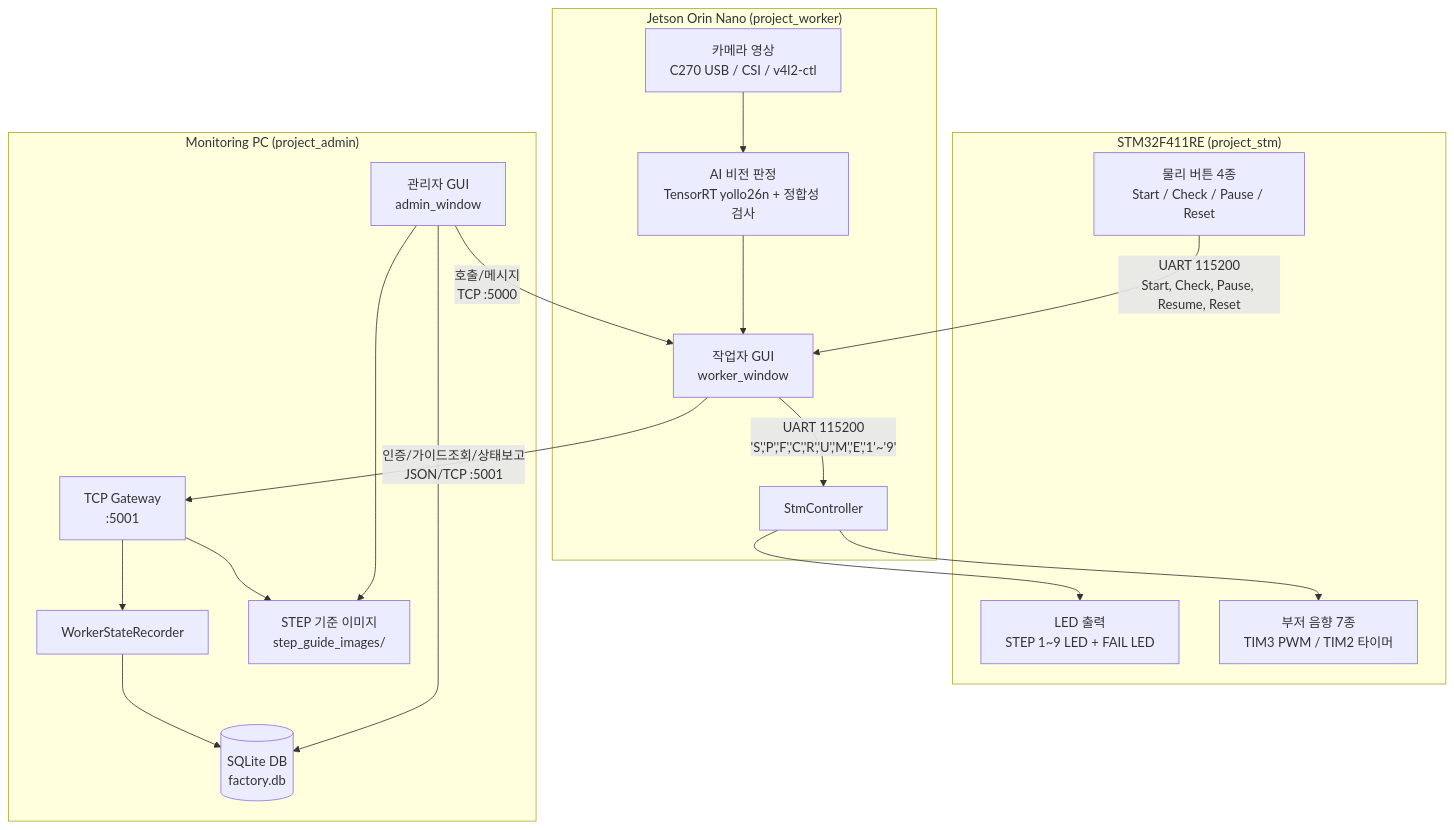
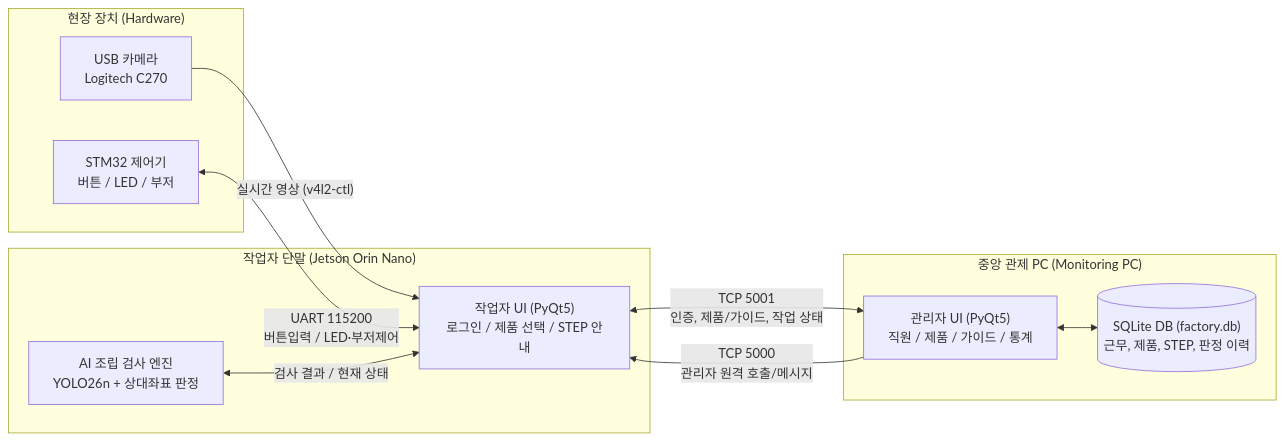
One commit to qkrtkdgus010208/AI_Standard_Process_System changed the first of 6 diagrams in README.md. Above: the diagram before and after it, drawn with Mermaid. The commit also changed other lines of this file and 26 other files, not shown here.

````diff
--- a/README.md
+++ b/README.md
@@ -11,40 +96,25 @@
 ```mermaid
-flowchart TD
-    subgraph 현장 제어기 ["STM32F411RE (project_stm)"]
-        BTN[물리 버튼 4종\nStart / Check / Pause / Reset]
-        LED[LED 출력\nSTEP 1~9 LED + FAIL LED]
-        BUZ[부저 음향 7종\nTIM3 PWM / TIM2 타이머]
+flowchart LR
+    subgraph FIELD ["현장 장치 (Hardware)"]
+        CAM["USB 카메라<br/>Logitech C270"]
+        STM["STM32 제어기<br/>버튼 / LED / 부저"]
     end
 
-    subgraph 작업자 단말 ["Jetson Orin Nano (project_worker)"]
-        CAM[카메라 영상\nC270 USB / CSI / v4l2-ctl]
-        AI[AI 비전 판정\nTensorRT yollo26n + 정합성 검사]
-        WW[작업자 GUI\nworker_window]
-        STMC[StmController]
+    subgraph WORKER ["작업자 단말 (Jetson Orin Nano)"]
+        WUI["작업자 UI (PyQt5)<br/>로그인 / 제품 선택 / STEP 안내"]
+        AI["AI 조립 검사 엔진<br/>YOLO26n + 상대좌표 판정"]
     end
 
-    subgraph 중앙 관제 PC ["Monitoring PC (project_admin)"]
-        GW[TCP Gateway\n:5001]
-        REC[WorkerStateRecorder]
-        DB[(SQLite DB\nfactory.db)]
-        GUIDE[STEP 기준 이미지\nstep_guide_images/]
-        ADMIN[관리자 GUI\nadmin_window]
+    subgraph ADMIN ["중앙 관제 PC (Monitoring PC)"]
+        AUI["관리자 UI (PyQt5)<br/>직원 / 제품 / 가이드 / 통계"]
+        DB[("SQLite DB (factory.db)<br/>근무, 제품, STEP, 판정 이력")]
     end
 
-    %% 연결 관계
-    BTN -->|UART 115200\nStart, Check, Pause, Resume, Reset| WW
-    WW -->|UART 115200\n'S','P','F','C','R','U','M','E','1'~'9'| STMC
-    STMC --> LED
-    STMC --> BUZ
+    CAM -->|"실시간 영상 (v4l2-ctl)"| WUI
+    STM <-->|"UART 115200<br/>버튼입력 / LED·부저제어"| WUI
+    AI <-->|"검사 결과 / 현재 상태"| WUI
 
-    CAM --> AI
-    AI --> WW
-
-    WW -->|인증/가이드조회/상태보고\nJSON/TCP :5001| GW
-    GW --> REC
-    REC --> DB
-    GW --> GUIDE
-    ADMIN --> DB
-    ADMIN --> GUIDE
-    ADMIN -->|호출/메시지\nTCP :5000| WW
+    AUI -->|"TCP 5000<br/>관리자 원격 호출/메시지"| WUI
+    WUI <-->|"TCP 5001<br/>인증, 제품/가이드, 작업 상태"| AUI
+    AUI <--> DB
 ```
````
